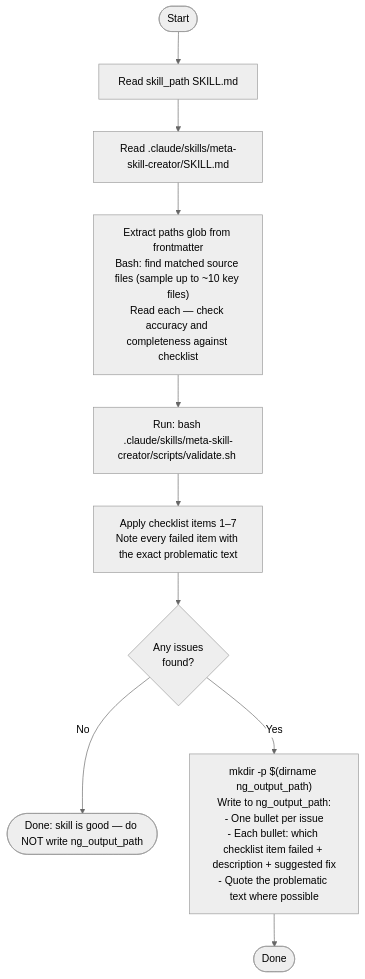
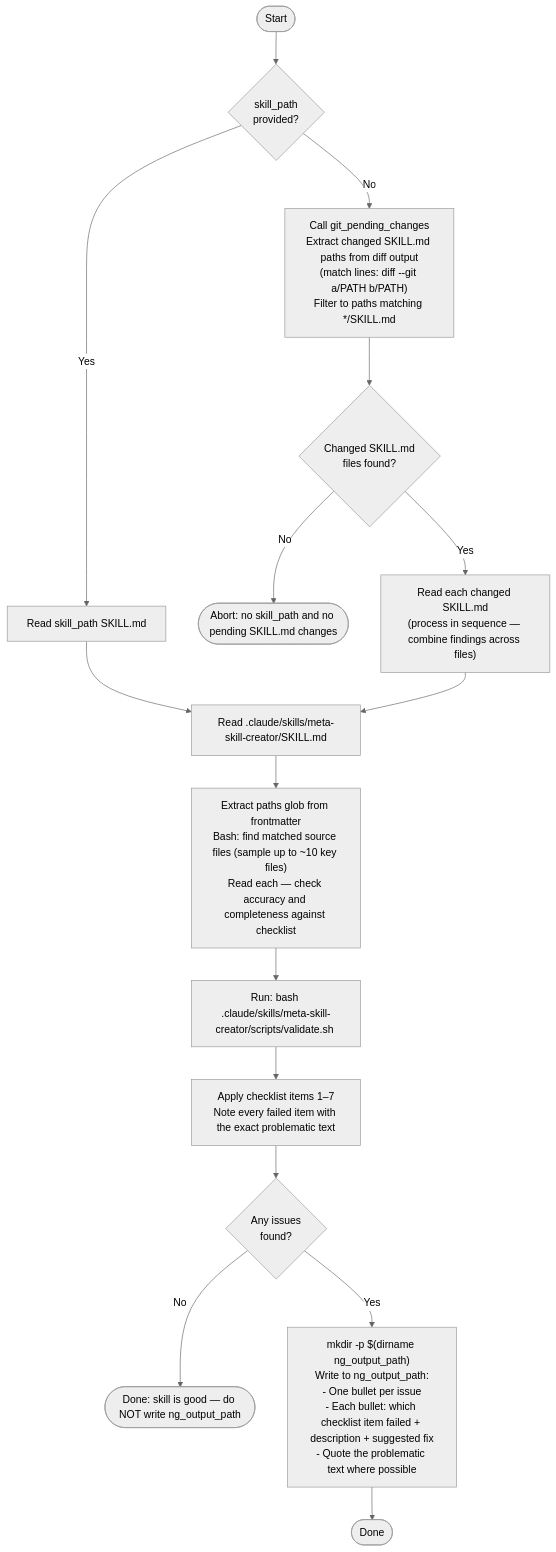
The diagram in procedures/meta-skill-creator/review.md (s-age/perclst), drawn with Mermaid (neutral theme) before and after one commit. The commit also changed 3 other files, not shown here.

Commit message:
docs(procedures): use git_pending_changes as fallback when target is not specified in review procedures

````diff
--- a/procedures/meta-skill-creator/review.md
+++ b/procedures/meta-skill-creator/review.md
@@ -24,12 +24,20 @@
 ```mermaid
 flowchart TD
-    Start([Start]) --> ReadSkill["Read skill_path SKILL.md"]
+    Start([Start]) --> Check{skill_path\nprovided?}
+    Check -- Yes --> ReadSkill["Read skill_path SKILL.md"]
+    Check -- No --> GetPending["Call git_pending_changes\nExtract changed SKILL.md paths from diff output\n(match lines: diff --git a/PATH b/PATH)\nFilter to paths matching */SKILL.md"]
+
+    GetPending --> HasPending{Changed SKILL.md\nfiles found?}
+    HasPending -- No --> Abort([Abort: no skill_path and no pending SKILL.md changes])
+    HasPending -- Yes --> ReadSkillPending["Read each changed SKILL.md\n(process in sequence — combine findings across files)"]
+
     ReadSkill --> ReadGuidelines["Read .claude/skills/meta-skill-creator/SKILL.md"]
+    ReadSkillPending --> ReadGuidelines
     ReadGuidelines --> DiscoverSource["Extract paths glob from frontmatter\nBash: find matched source files (sample up to ~10 key files)\nRead each — check accuracy and completeness against checklist"]
     DiscoverSource --> RunValidate["Run: bash .claude/skills/meta-skill-creator/scripts/validate.sh <skill_path>"]
     RunValidate --> ApplyChecklist["Apply checklist items 1–7\nNote every failed item with the exact problematic text"]
     ApplyChecklist --> AnyIssues{Any issues\nfound?}
     AnyIssues -- No --> Done([Done: skill is good — do NOT write ng_output_path])
     AnyIssues -- Yes --> WriteFeedback["mkdir -p $(dirname ng_output_path)\nWrite to ng_output_path:\n- One bullet per issue\n- Each bullet: which checklist item failed + description + suggested fix\n- Quote the problematic text where possible"]
     WriteFeedback --> Done2([Done])
 ```
````
